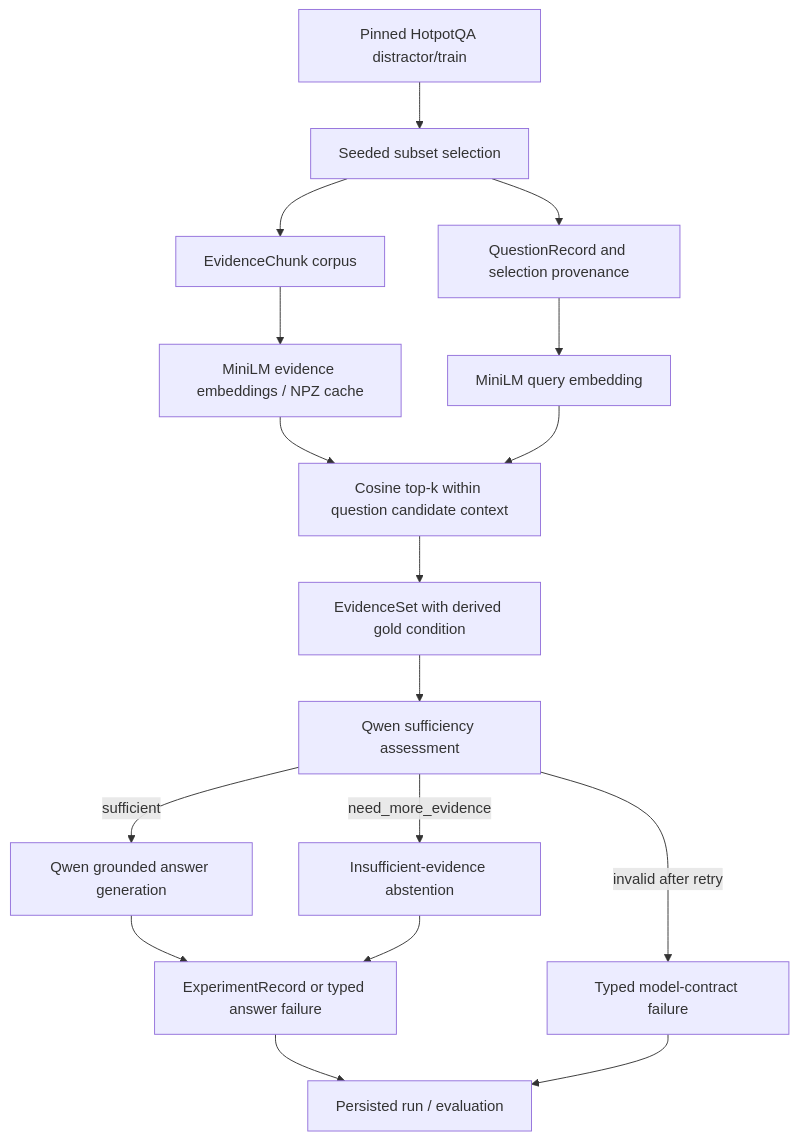
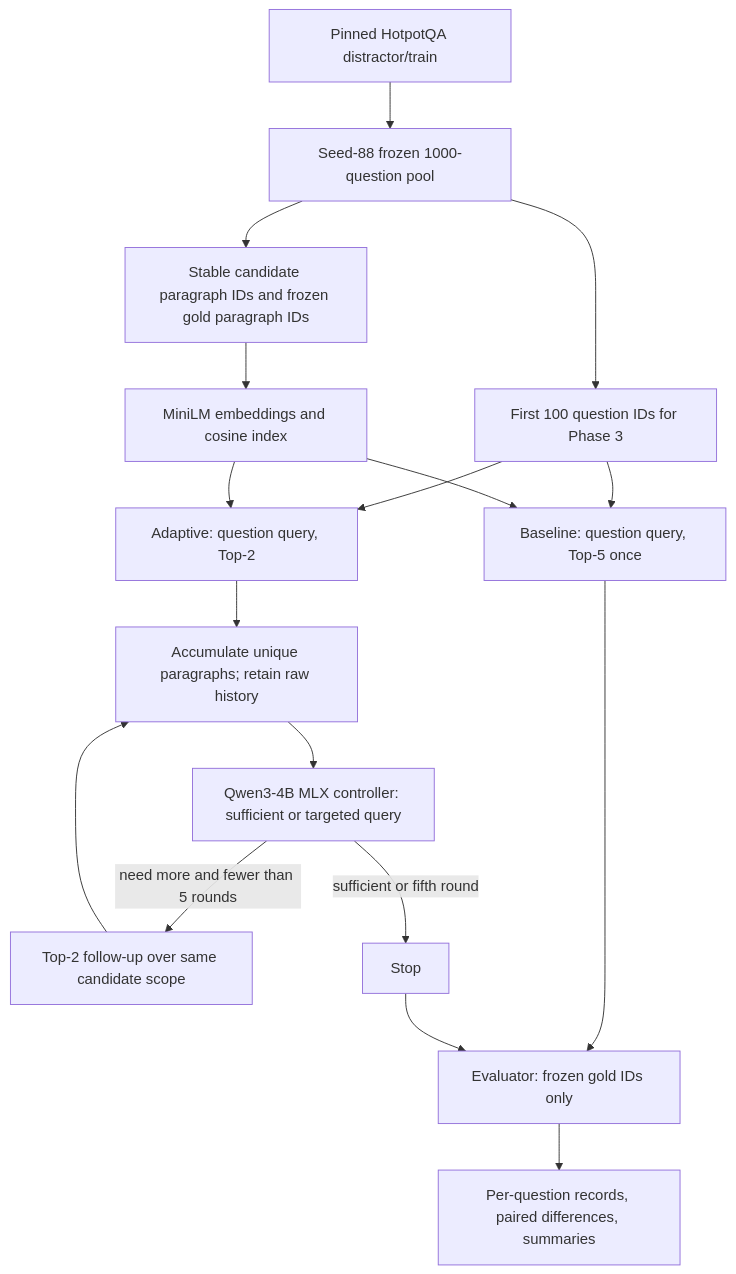
One commit to RaphelSim/SC4001-Improve-SLM-Reliability-via-Adaptive-RAG-and-Abstention changed the diagram in documentation/SYSTEM_ARCHITECTURE.md. Above: the diagram before and after it, drawn with Mermaid. The commit also changed other lines of this file and 28 other files, not shown here.

Commit message:
First draft. Provided result phase3-n100-seed88-top5-adaptive2x5v2

````diff
--- a/documentation/SYSTEM_ARCHITECTURE.md
+++ b/documentation/SYSTEM_ARCHITECTURE.md
@@ -7,19 +7,19 @@
 ```mermaid
 flowchart TD
-  H[Pinned HotpotQA distractor/train] --> S[Seeded subset selection]
-  S --> Q[QuestionRecord and selection provenance]
-  S --> E[EvidenceChunk corpus]
-  E --> M[MiniLM evidence embeddings / NPZ cache]
-  Q --> T[MiniLM query embedding]
-  M --> R[Cosine top-k within question candidate context]
-  T --> R
-  R --> ES[EvidenceSet with derived gold condition]
-  ES --> D[Qwen sufficiency assessment]
-  D -->|sufficient| A[Qwen grounded answer generation]
-  D -->|need_more_evidence| B[Insufficient-evidence abstention]
-  D -->|invalid after retry| F[Typed model-contract failure]
-  A --> O[ExperimentRecord or typed answer failure]
-  B --> O
-  O --> P[Persisted run / evaluation]
-  F --> P
+  H[Pinned HotpotQA distractor/train] --> P[Seed-88 frozen 1000-question pool]
+  P --> Q[First 100 question IDs for Phase 3]
+  P --> E[Stable candidate paragraph IDs and frozen gold paragraph IDs]
+  E --> I[MiniLM embeddings and cosine index]
+  Q --> B[Baseline: question query, Top-5 once]
+  Q --> A[Adaptive: question query, Top-2]
+  I --> B
+  I --> A
+  A --> U[Accumulate unique paragraphs; retain raw history]
+  U --> M[Qwen3-4B MLX controller: sufficient or targeted query]
+  M -->|need more and fewer than 5 rounds| A2[Top-2 follow-up over same candidate scope]
+  A2 --> U
+  M -->|sufficient or fifth round| V[Stop]
+  B --> EV[Evaluator: frozen gold IDs only]
+  V --> EV
+  EV --> O[Per-question records, paired differences, summaries]
 ```
````
